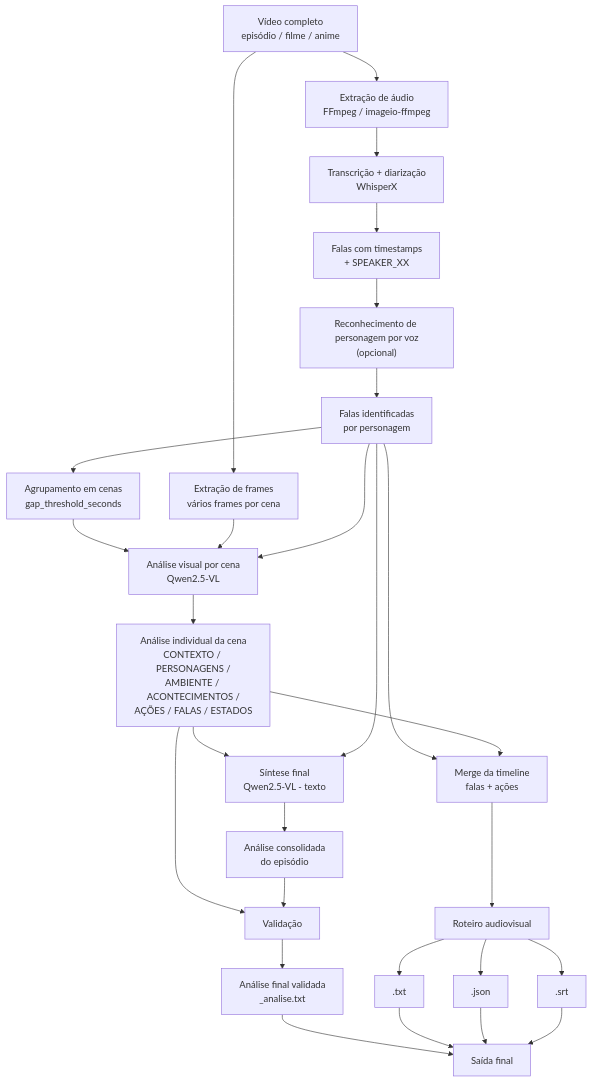
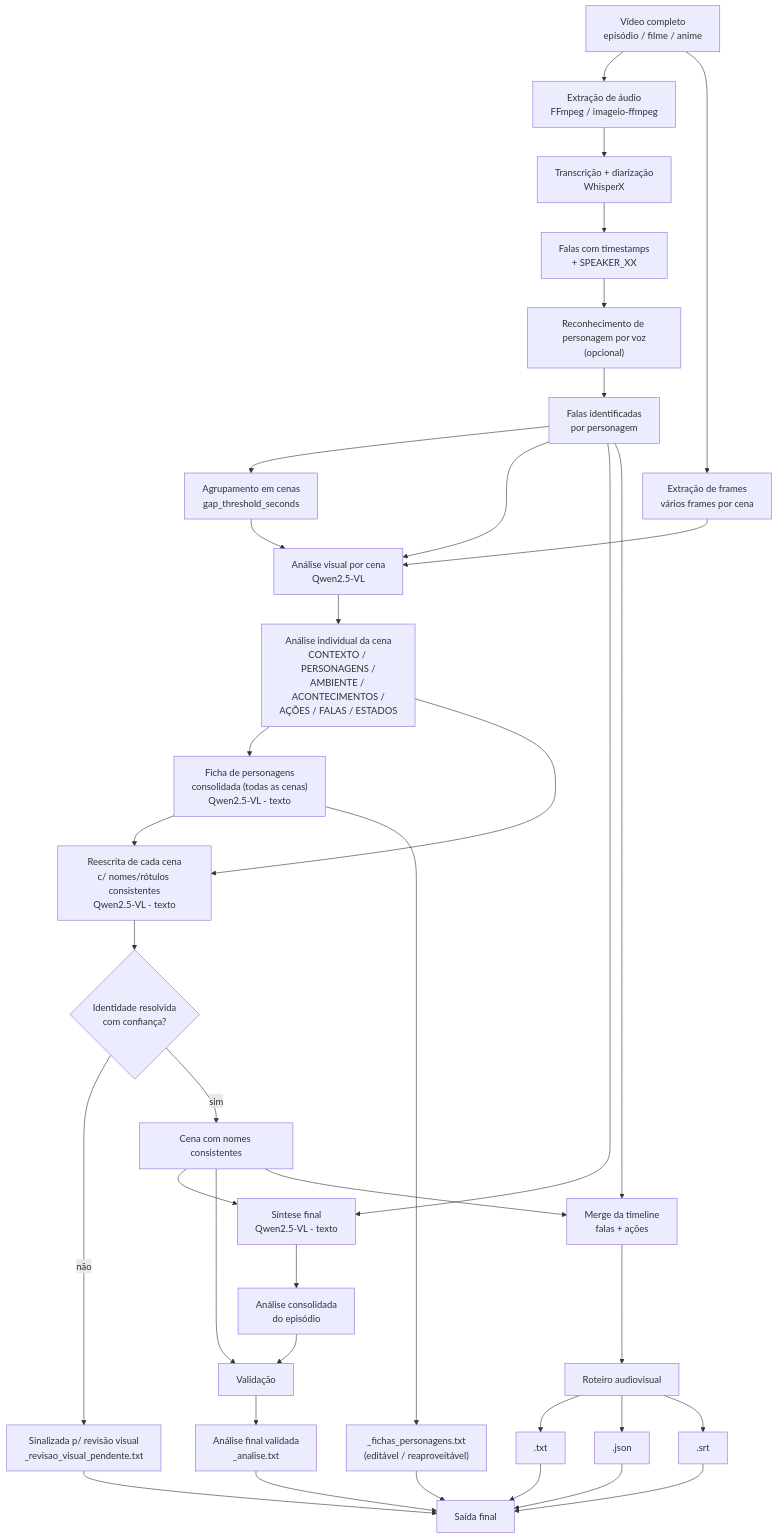
The diagram in pipeline_transcritor.md (Hulff/Transk), drawn with Mermaid before and after one commit. The commit also changed other lines of this file and 1 other file, not shown here.

````diff
--- a/pipeline_transcritor.md
+++ b/pipeline_transcritor.md
@@ -10,43 +12,55 @@
-``` mermaid
+```mermaid
 flowchart TD
     A["Vídeo completo<br/>episódio / filme / anime"] --> B["Extração de áudio<br/>FFmpeg / imageio-ffmpeg"]
 
     B --> C["Transcrição + diarização<br/>WhisperX"]
     C --> D["Falas com timestamps<br/>+ SPEAKER_XX"]
 
     D --> E["Reconhecimento de personagem por voz<br/>(opcional)"]
     E --> F["Falas identificadas<br/>por personagem"]
 
     F --> G["Agrupamento em cenas<br/>gap_threshold_seconds"]
 
     A --> H["Extração de frames<br/>vários frames por cena"]
 
     G --> I["Análise visual por cena<br/>Qwen2.5-VL"]
     H --> I
     F --> I
 
     I --> J["Análise individual da cena<br/>CONTEXTO / PERSONAGENS /<br/>AMBIENTE / ACONTECIMENTOS /<br/>AÇÕES / FALAS / ESTADOS"]
 
-    J --> K["Síntese final<br/>Qwen2.5-VL - texto"]
+    J --> CS["Ficha de personagens<br/>consolidada (todas as cenas)<br/>Qwen2.5-VL - texto"]
+    CS --> CR["Reescrita de cada cena<br/>c/ nomes/rótulos consistentes<br/>Qwen2.5-VL - texto"]
+    J --> CR
+
+    CR --> RV{"Identidade resolvida<br/>com confiança?"}
+    RV -->|não| RVX["Sinalizada p/ revisão visual<br/>_revisao_visual_pendente.txt"]
+    RV -->|sim| CR2["Cena com nomes consistentes"]
+
+    CR2 --> K["Síntese final<br/>Qwen2.5-VL - texto"]
     F --> K
 
     K --> L["Análise consolidada<br/>do episódio"]
 
-    J --> M["Validação"]
+    CR2 --> M["Validação"]
     L --> M
 
     M --> N["Análise final validada<br/>_analise.txt"]
 
     F --> O["Merge da timeline<br/>falas + ações"]
-    J --> O
+    CR2 --> O
 
     O --> P["Roteiro audiovisual"]
     P --> Q[".txt"]
     P --> R[".json"]
     P --> S[".srt"]
 
+    CS --> U["_fichas_personagens.txt<br/>(editável / reaproveitável)"]
+
     N --> T["Saída final"]
     Q --> T
     R --> T
     S --> T
+    U --> T
+    RVX --> T
 ```
````
